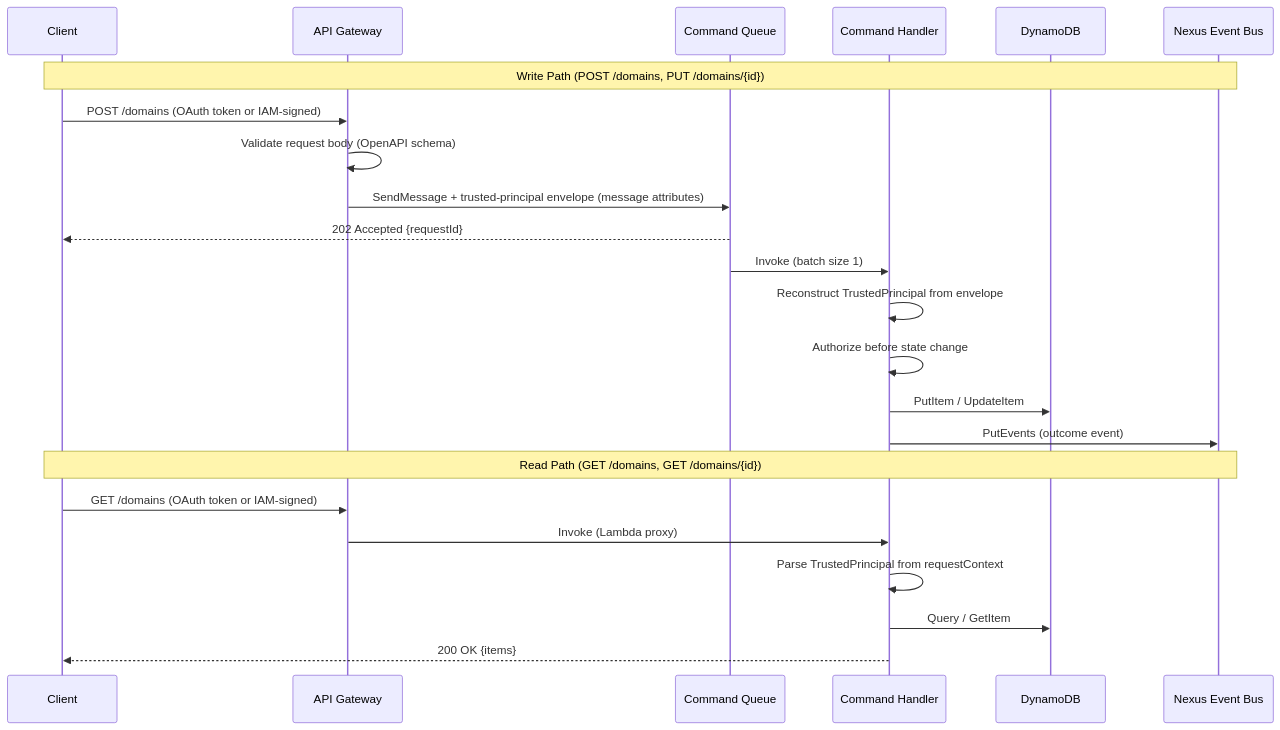
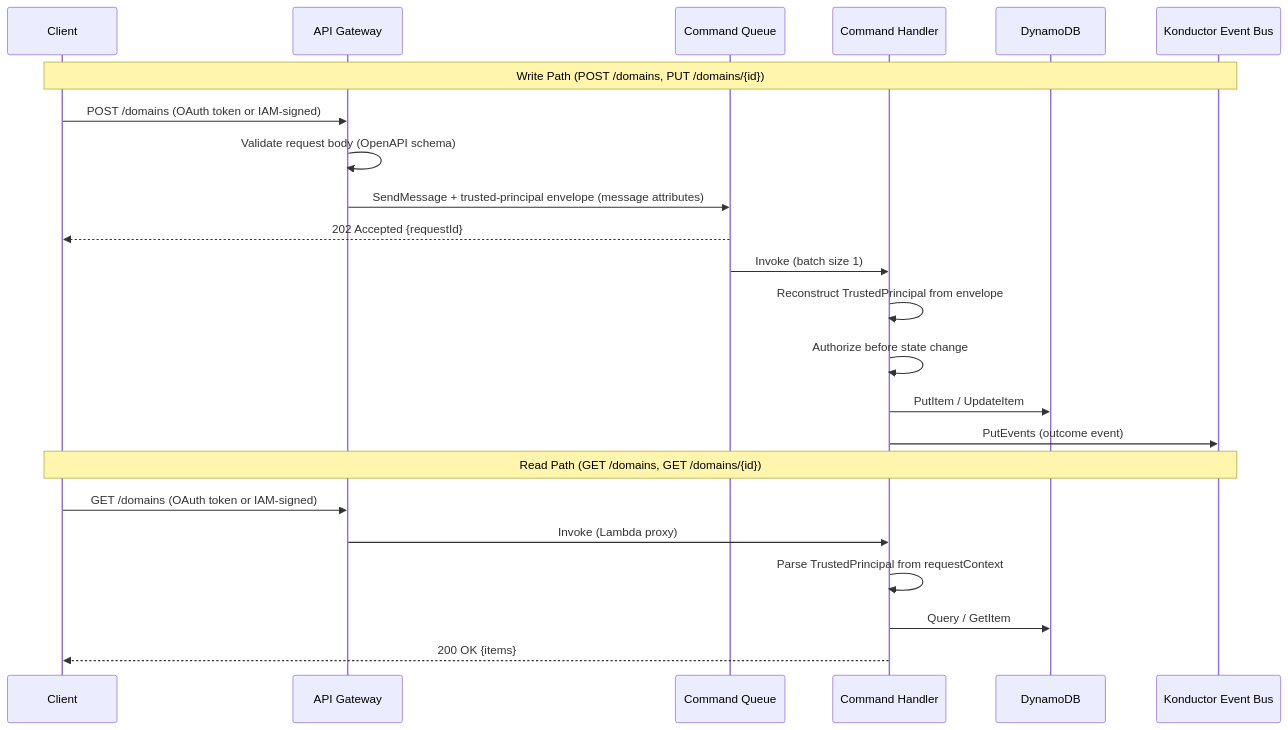
Before and after one commit to liedig/konductor4evb: the third of 10 diagrams in docs/development/architecture.md, drawn with Mermaid. The commit also changed other lines of this file and 37 other files, not shown here.

Commit message:
docs: rename product to Konductor for Amazon EventBridge

````diff
--- a/docs/development/architecture.md
+++ b/docs/development/architecture.md
@@ -145,27 +145,27 @@
 ```mermaid
 sequenceDiagram
     participant Client
     participant APIGW as API Gateway
     participant SQS as Command Queue
     participant Lambda as Command Handler
     participant DDB as DynamoDB
-    participant EB as Nexus Event Bus
+    participant EB as Konductor Event Bus
 
     Note over Client, EB: Write Path (POST /domains, PUT /domains/{id})
     Client->>APIGW: POST /domains (OAuth token or IAM-signed)
     APIGW->>APIGW: Validate request body (OpenAPI schema)
     APIGW->>SQS: SendMessage + trusted-principal envelope (message attributes)
     SQS-->>Client: 202 Accepted {requestId}
     SQS->>Lambda: Invoke (batch size 1)
     Lambda->>Lambda: Reconstruct TrustedPrincipal from envelope
     Lambda->>Lambda: Authorize before state change
     Lambda->>DDB: PutItem / UpdateItem
     Lambda->>EB: PutEvents (outcome event)
 
     Note over Client, EB: Read Path (GET /domains, GET /domains/{id})
     Client->>APIGW: GET /domains (OAuth token or IAM-signed)
     APIGW->>Lambda: Invoke (Lambda proxy)
     Lambda->>Lambda: Parse TrustedPrincipal from requestContext
     Lambda->>DDB: Query / GetItem
     Lambda-->>Client: 200 OK {items}
 ```
````
